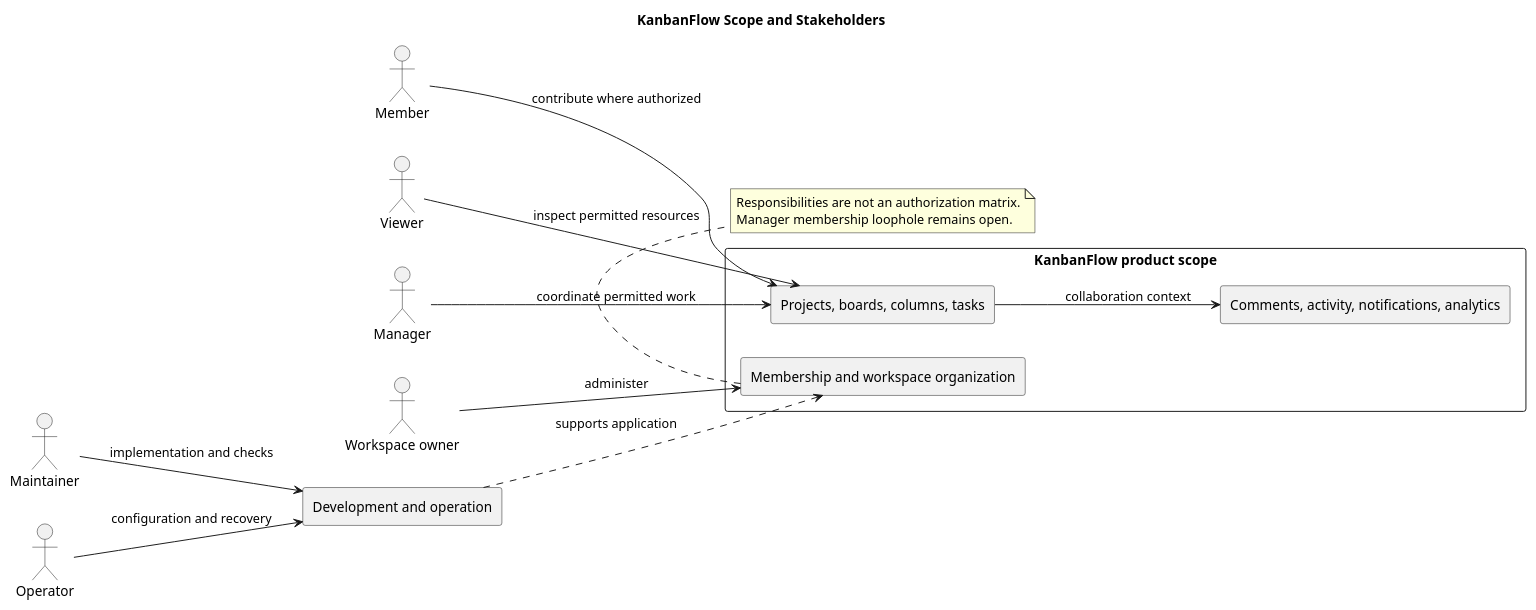
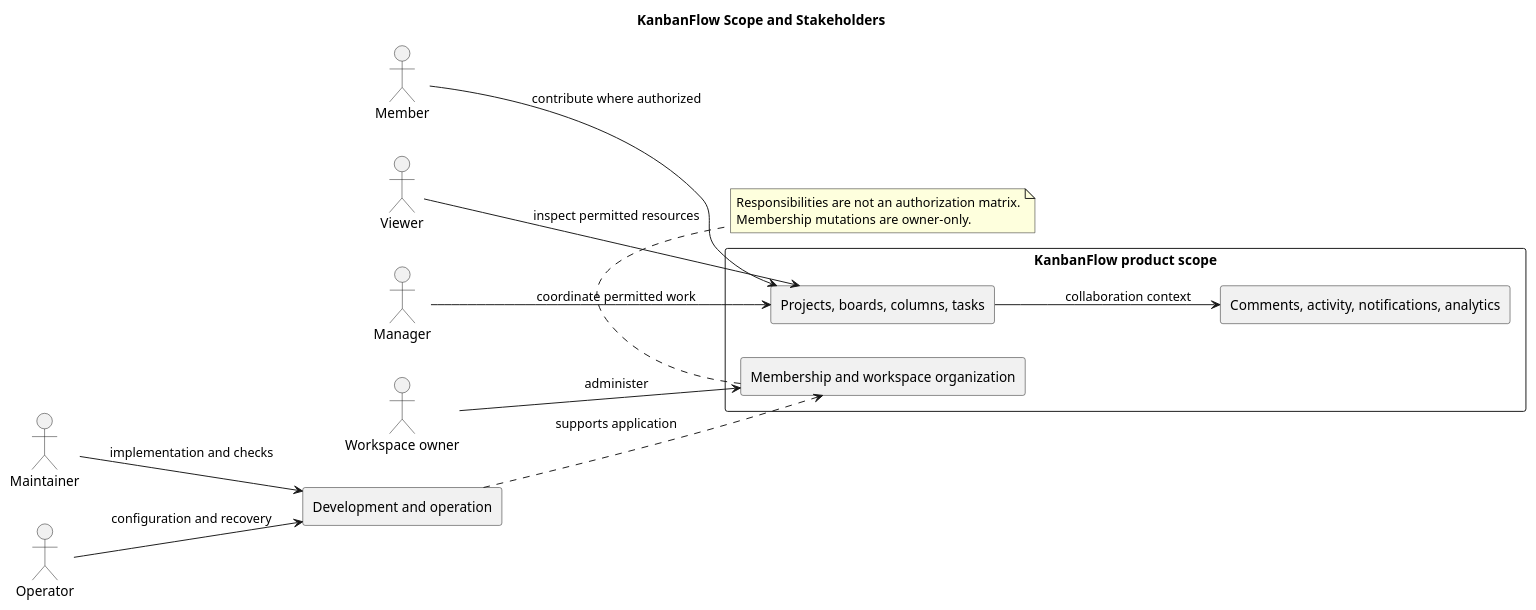
Before and after one commit to Farhad-Valizadegan/Web-KanbanFlow: the diagram in docs/Project-Definition/diagrams/scope-and-stakeholders.puml, drawn with PlantUML. The commit also changed 127 other files, not shown here.

```diff
--- a/docs/Project-Definition/diagrams/scope-and-stakeholders.puml
+++ b/docs/Project-Definition/diagrams/scope-and-stakeholders.puml
@@ -1,28 +1,28 @@
 @startuml
 title KanbanFlow Scope and Stakeholders
 left to right direction
 actor "Workspace owner" as Owner
 actor Manager
 actor Member
 actor Viewer
 actor Maintainer
 actor Operator
 rectangle "KanbanFlow product scope" {
  rectangle "Membership and workspace organization" as W
  rectangle "Projects, boards, columns, tasks" as T
  rectangle "Comments, activity, notifications, analytics" as C
 }
 rectangle "Development and operation" as Ops
 Owner --> W : administer
 Manager --> T : coordinate permitted work
 Member --> T : contribute where authorized
 Viewer --> T : inspect permitted resources
 T --> C : collaboration context
 Maintainer --> Ops : implementation and checks
 Operator --> Ops : configuration and recovery
 Ops ..> W : supports application
 note bottom of W
 Responsibilities are not an authorization matrix.
-Manager membership loophole remains open.
+Membership mutations are owner-only.
 end note
 @enduml
```
